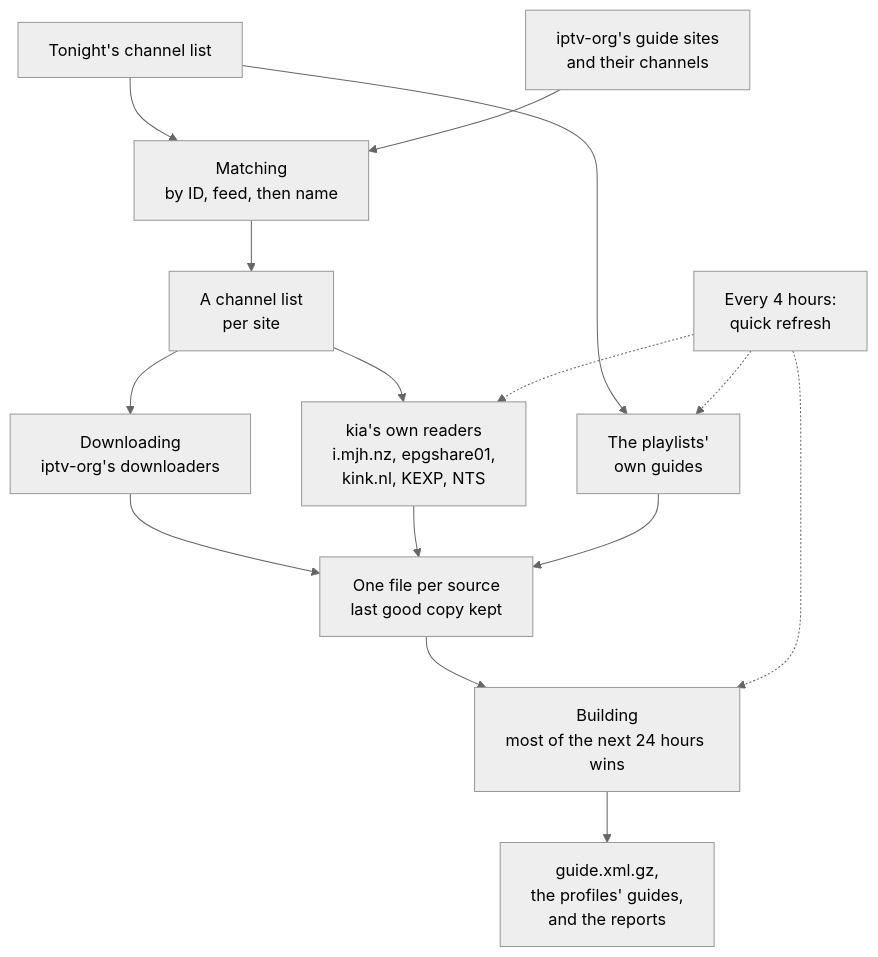
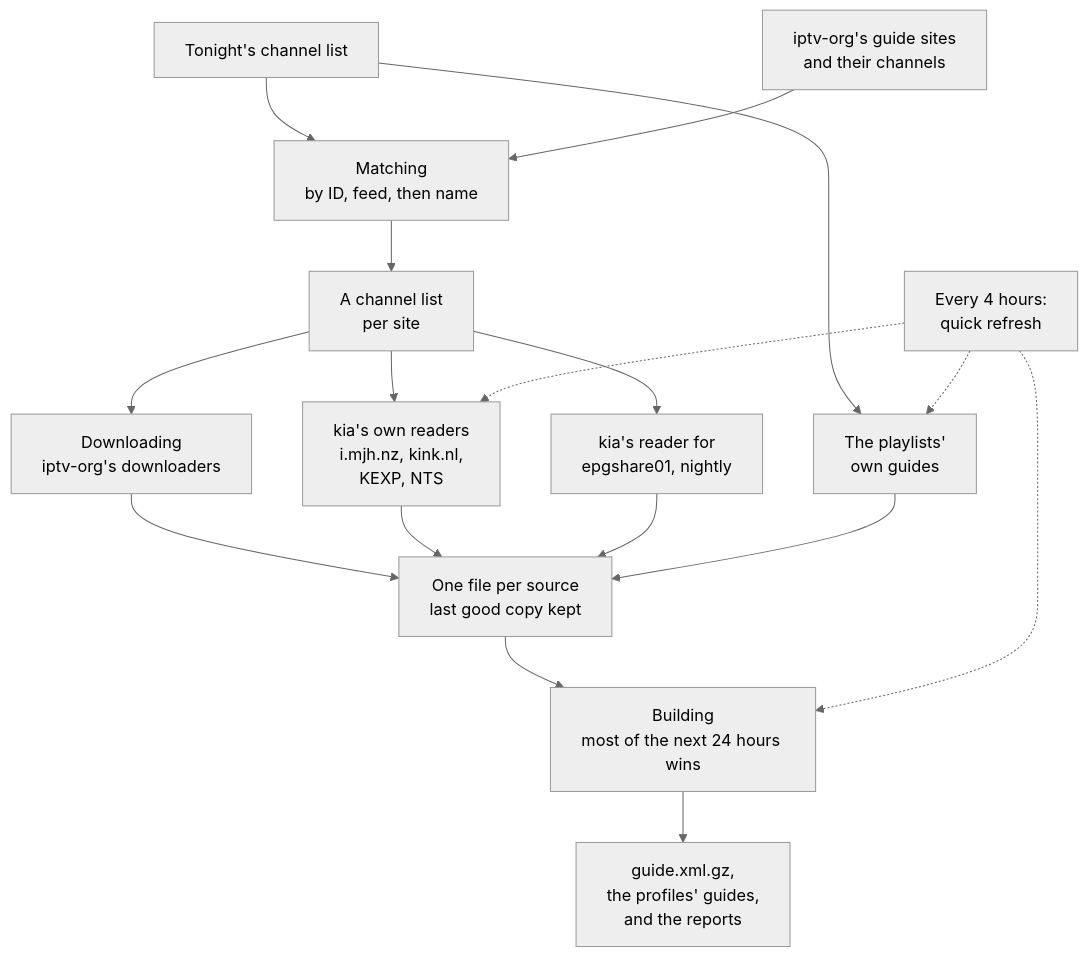
One commit to southsidedean/kodi-iptv-assistant changed the diagram in docs/diagrams/guide-build.mmd. Above: the diagram before and after it, drawn with Mermaid (neutral theme). The commit also changed 30 other files, not shown here.

```diff
--- a/docs/diagrams/guide-build.mmd
+++ b/docs/diagrams/guide-build.mmd
@@ -1,15 +1,17 @@
 flowchart TB
   list["Tonight's channel list"] --> map["Matching<br>by ID, feed, then name"]
   epg["iptv-org's guide sites<br>and their channels"] --> map
   map --> chans["A channel list<br>per site"]
   chans --> grab["Downloading<br>iptv-org's downloaders"]
-  chans --> own["kia's own readers<br>i.mjh.nz, epgshare01,<br>kink.nl, KEXP, NTS"]
+  chans --> own["kia's own readers<br>i.mjh.nz, kink.nl,<br>KEXP, NTS"]
+  chans --> eps["kia's reader for<br>epgshare01, nightly"]
   list --> pl["The playlists'<br>own guides"]
   grab --> files["One file per source<br>last good copy kept"]
   own --> files
+  eps --> files
   pl --> files
   files --> build["Building<br>most of the next 24 hours wins"]
   build --> out["guide.xml.gz,<br>the profiles' guides,<br>and the reports"]
   quick["Every 4 hours:<br>quick refresh"] -.-> own
   quick -.-> pl
   quick -.-> build
```
